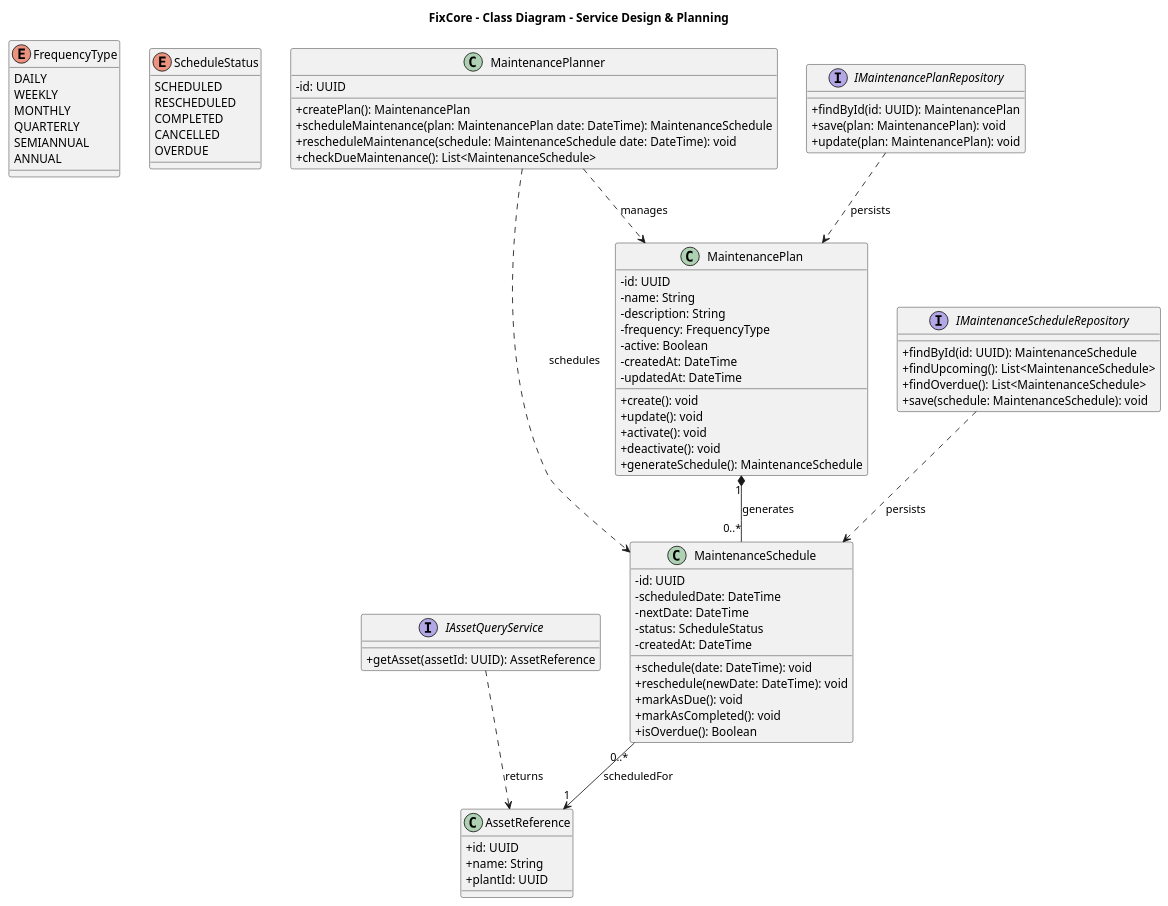
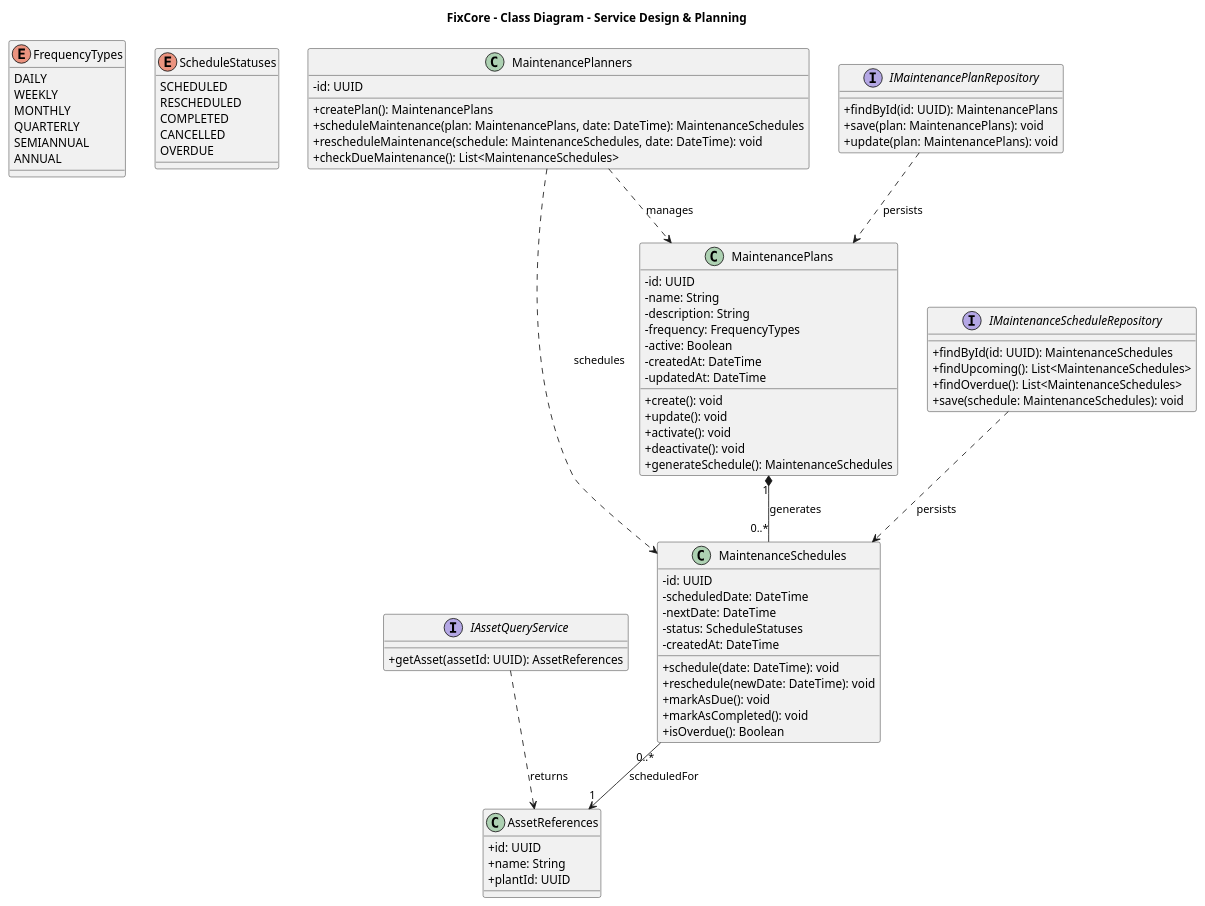
One commit to TechMakers-upc/Report changed the diagram in report/assets/diagrams/class-diagrams/class-diagram-BC3.puml. Above: the diagram before and after it, drawn with PlantUML. The commit also changed 30 other files, not shown here.

Commit message:
fix(report): fix conventions in class, database, and c4 diagrams

```diff
--- a/report/assets/diagrams/class-diagrams/class-diagram-BC3.puml
+++ b/report/assets/diagrams/class-diagrams/class-diagram-BC3.puml
@@ -1,102 +1,100 @@
-@startuml FixCore_Service_Planning
-
+@startuml
 title FixCore - Class Diagram - Service Design & Planning
 
 skinparam classAttributeIconSize 0
 
 ' frecuencias y estados de la programacion
-enum FrequencyType {
+enum FrequencyTypes {
     DAILY
     WEEKLY
     MONTHLY
     QUARTERLY
     SEMIANNUAL
     ANNUAL
 }
 
-enum ScheduleStatus {
+enum ScheduleStatuses {
     SCHEDULED
     RESCHEDULED
     COMPLETED
     CANCELLED
     OVERDUE
 }
 
 ' clases para armar los planes
-class MaintenancePlan {
+class MaintenancePlans {
     - id: UUID
     - name: String
     - description: String
-    - frequency: FrequencyType
+    - frequency: FrequencyTypes
     - active: Boolean
     - createdAt: DateTime
     - updatedAt: DateTime
 
     + create(): void
     + update(): void
     + activate(): void
     + deactivate(): void
-    + generateSchedule(): MaintenanceSchedule
+    + generateSchedule(): MaintenanceSchedules
 }
 
-class MaintenanceSchedule {
+class MaintenanceSchedules {
     - id: UUID
     - scheduledDate: DateTime
     - nextDate: DateTime
-    - status: ScheduleStatus
+    - status: ScheduleStatuses
     - createdAt: DateTime
 
     + schedule(date: DateTime): void
     + reschedule(newDate: DateTime): void
     + markAsDue(): void
     + markAsCompleted(): void
     + isOverdue(): Boolean
 }
 
-class MaintenancePlanner {
+class MaintenancePlanners {
     - id: UUID
 
-    + createPlan(): MaintenancePlan
-    + scheduleMaintenance(plan: MaintenancePlan date: DateTime): MaintenanceSchedule
-    + rescheduleMaintenance(schedule: MaintenanceSchedule date: DateTime): void
-    + checkDueMaintenance(): List<MaintenanceSchedule>
+    + createPlan(): MaintenancePlans
+    + scheduleMaintenance(plan: MaintenancePlans, date: DateTime): MaintenanceSchedules
+    + rescheduleMaintenance(schedule: MaintenanceSchedules, date: DateTime): void
+    + checkDueMaintenance(): List<MaintenanceSchedules>
 }
 
 ' interfaces y consultas
 interface IMaintenancePlanRepository {
-    + findById(id: UUID): MaintenancePlan
-    + save(plan: MaintenancePlan): void
-    + update(plan: MaintenancePlan): void
+    + findById(id: UUID): MaintenancePlans
+    + save(plan: MaintenancePlans): void
+    + update(plan: MaintenancePlans): void
 }
 
 interface IMaintenanceScheduleRepository {
-    + findById(id: UUID): MaintenanceSchedule
-    + findUpcoming(): List<MaintenanceSchedule>
-    + findOverdue(): List<MaintenanceSchedule>
-    + save(schedule: MaintenanceSchedule): void
+    + findById(id: UUID): MaintenanceSchedules
+    + findUpcoming(): List<MaintenanceSchedules>
+    + findOverdue(): List<MaintenanceSchedules>
+    + save(schedule: MaintenanceSchedules): void
 }
 
 interface IAssetQueryService {
-    + getAsset(assetId: UUID): AssetReference
+    + getAsset(assetId: UUID): AssetReferences
 }
 
-class AssetReference {
+class AssetReferences {
     + id: UUID
     + name: String
     + plantId: UUID
 }
 
 ' relaciones y dependencias
-MaintenancePlan "1" *-- "0..*" MaintenanceSchedule : generates
+MaintenancePlans "1" *-- "0..*" MaintenanceSchedules : generates
 
-MaintenanceSchedule "0..*" --> "1" AssetReference : scheduledFor
+MaintenanceSchedules "0..*" --> "1" AssetReferences : scheduledFor
 
-MaintenancePlanner ..> MaintenancePlan : manages
-MaintenancePlanner ..> MaintenanceSchedule : schedules
+MaintenancePlanners ..> MaintenancePlans : manages
+MaintenancePlanners ..> MaintenanceSchedules : schedules
 
-IMaintenancePlanRepository ..> MaintenancePlan : persists
-IMaintenanceScheduleRepository ..> MaintenanceSchedule : persists
+IMaintenancePlanRepository ..> MaintenancePlans : persists
+IMaintenanceScheduleRepository ..> MaintenanceSchedules : persists
 
-IAssetQueryService ..> AssetReference : returns
-
+IAssetQueryService ..> AssetReferences : returns
 @enduml
```
